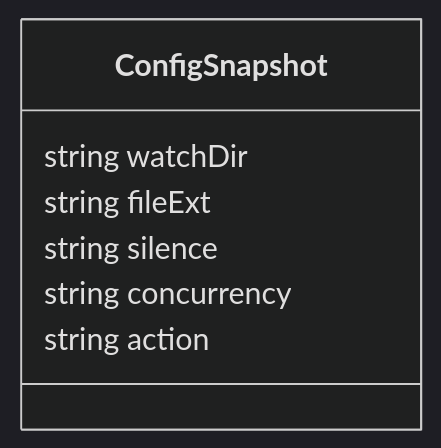
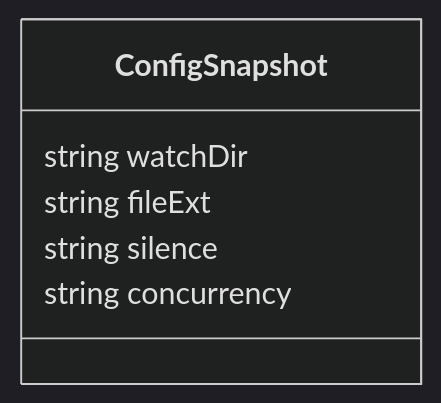
One commit to VioletEvergardenZz/GoWatchFile changed diagram 11 of 15 in docs/state-types-visual.md. Above: the diagram before and after it, drawn with Mermaid (dark theme). The commit also changed other lines of this file and 22 other files, not shown here.

````diff
--- a/docs/state-types-visual.md
+++ b/docs/state-types-visual.md
@@ -381,10 +217,9 @@
 ```mermaid
 classDiagram
 class ConfigSnapshot {
   string watchDir
   string fileExt
   string silence
   string concurrency
-  string action
 }
 ```
````
